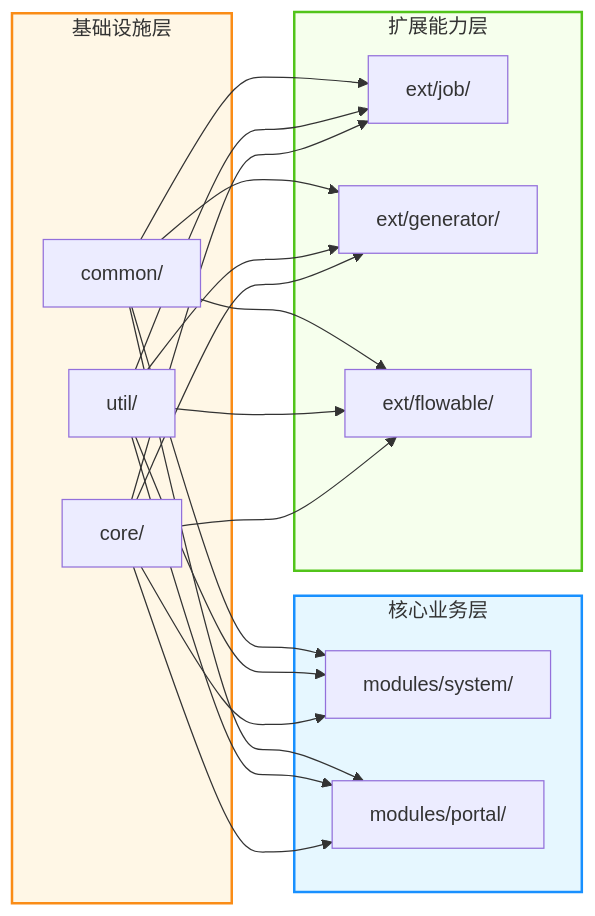
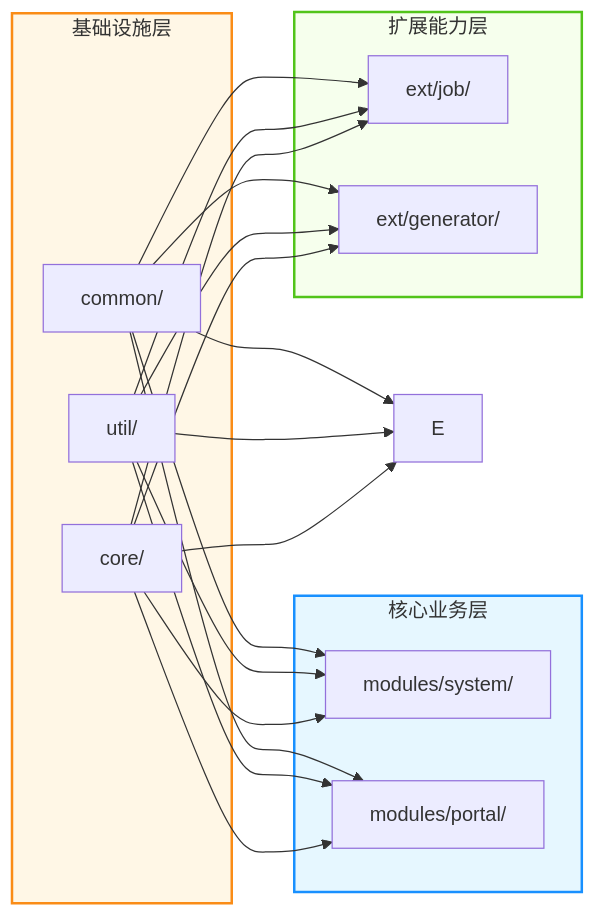
The second of 3 diagrams in moyun-server/ARCHITECTURE.md (zyg-allen/moyun-project-document), drawn with Mermaid before and after one commit. The commit also changed other lines of this file and 198 other files, not shown here.

````diff
--- a/moyun-server/ARCHITECTURE.md
+++ b/moyun-server/ARCHITECTURE.md
@@ -322,41 +308,40 @@
 ```mermaid
 graph LR
     subgraph 核心业务层
         A[modules/system/]
         B[modules/portal/]
     end
     
     subgraph 扩展能力层
         C[ext/job/]
         D[ext/generator/]
-        E[ext/flowable/]
     end
     
     subgraph 基础设施层
         F[common/]
         G[util/]
         H[core/]
     end
     
     F --> A
     F --> B
     F --> C
     F --> D
     F --> E
     
     G --> A
     G --> B
     G --> C
     G --> D
     G --> E
     
     H --> A
     H --> B
     H --> C
     H --> D
     H --> E
     
     style 核心业务层 fill:#e6f7ff,stroke:#1890ff,stroke-width:2
     style 扩展能力层 fill:#f6ffed,stroke:#52c41a,stroke-width:2
     style 基础设施层 fill:#fff7e6,stroke:#fa8c16,stroke-width:2
 ```
````
